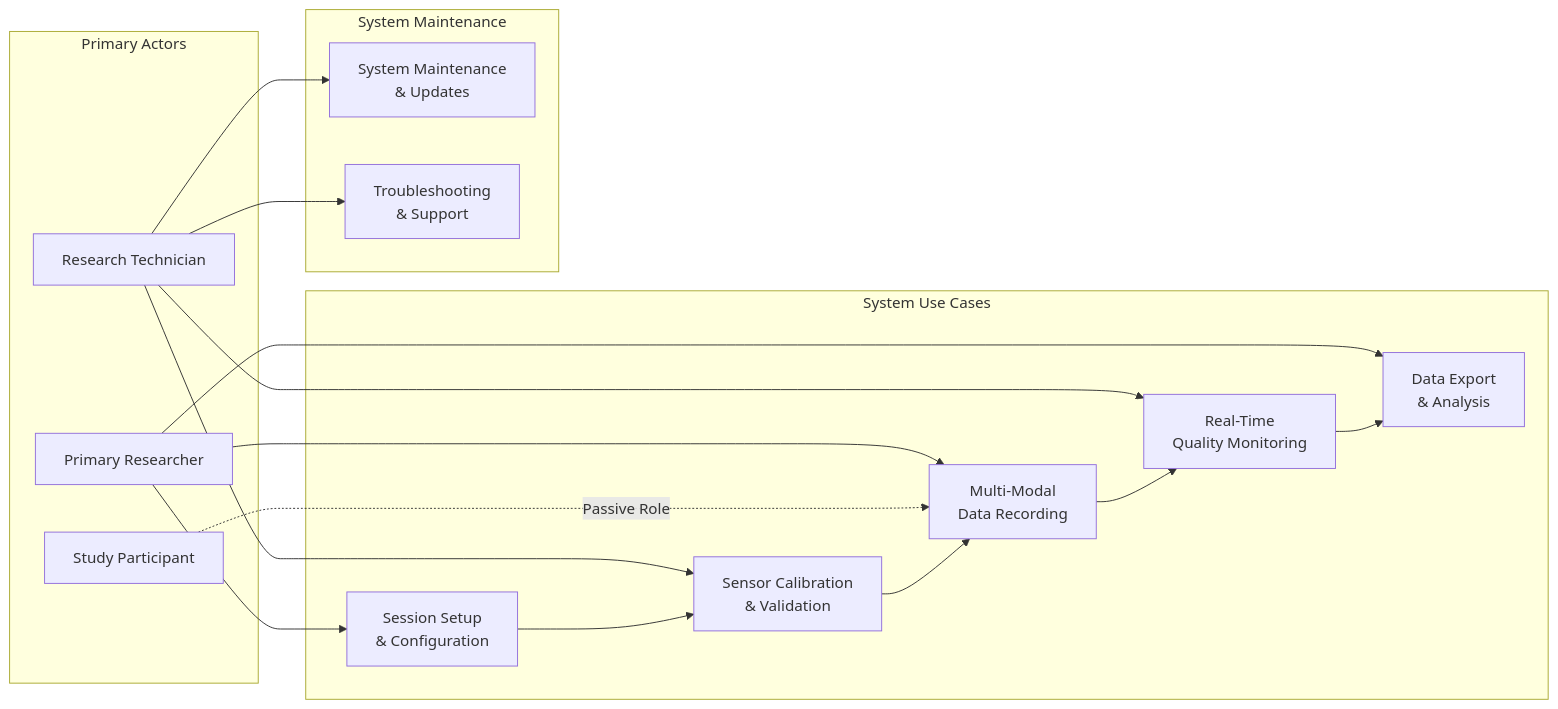
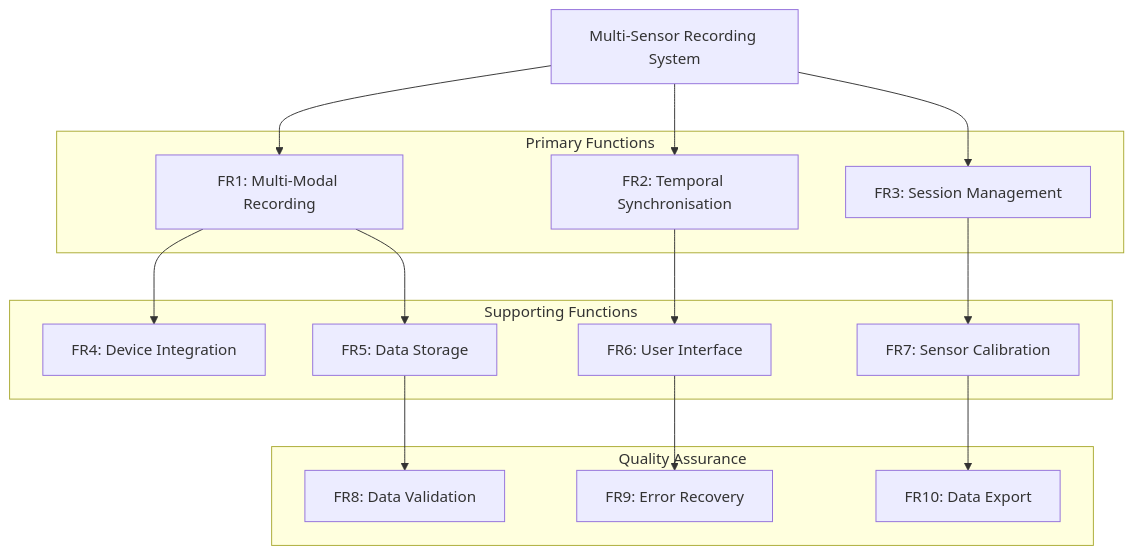
The sixth of 15 diagrams in docs/thesis_report/final/appendix_z_consolidated_figures.md (buccancs/fyp-multi-sensor-recording-system), drawn with Mermaid before and after one commit. The commit also changed other lines of this file and 2 other files, not shown here.

````diff
--- a/docs/thesis_report/final/appendix_z_consolidated_figures.md
+++ b/docs/thesis_report/final/appendix_z_consolidated_figures.md
@@ -350,37 +206,36 @@
 ```mermaid
-graph LR
-    subgraph "Primary Actors"
-        RESEARCHER[Primary Researcher]
-        TECHNICIAN[Research Technician]
-        PARTICIPANT[Study Participant]
+graph TD
+    SYSTEM[Multi-Sensor Recording System]
+    
+    subgraph "Primary Functions"
+        RECORDING[FR1: Multi-Modal Recording]
+        SYNC[FR2: Temporal Synchronisation] 
+        MANAGEMENT[FR3: Session Management]
     end
     
-    subgraph "System Use Cases"
-        SETUP[Session Setup<br/>& Configuration]
-        CALIBRATION[Sensor Calibration<br/>& Validation]
-        RECORDING[Multi-Modal<br/>Data Recording]
-        MONITORING[Real-Time<br/>Quality Monitoring]
-        EXPORT[Data Export<br/>& Analysis]
+    subgraph "Supporting Functions"
+        DEVICE[FR4: Device Integration]
+        STORAGE[FR5: Data Storage]
+        INTERFACE[FR6: User Interface]
+        CALIBRATION[FR7: Sensor Calibration]
     end
     
-    subgraph "System Maintenance"
-        MAINTENANCE[System Maintenance<br/>& Updates]
-        TROUBLESHOOT[Troubleshooting<br/>& Support]
+    subgraph "Quality Assurance"
+        VALIDATION[FR8: Data Validation]
+        RECOVERY[FR9: Error Recovery]
+        EXPORT[FR10: Data Export]
     end
     
-    RESEARCHER --> SETUP
-    RESEARCHER --> RECORDING
-    RESEARCHER --> EXPORT
+    SYSTEM --> RECORDING
+    SYSTEM --> SYNC
+    SYSTEM --> MANAGEMENT
     
-    TECHNICIAN --> CALIBRATION
-    TECHNICIAN --> MONITORING
-    TECHNICIAN --> MAINTENANCE
-    TECHNICIAN --> TROUBLESHOOT
+    RECORDING --> DEVICE
+    RECORDING --> STORAGE
+    SYNC --> INTERFACE
+    MANAGEMENT --> CALIBRATION
     
-    PARTICIPANT -.->|Passive Role| RECORDING
-    
-    SETUP --> CALIBRATION
-    CALIBRATION --> RECORDING
-    RECORDING --> MONITORING
-    MONITORING --> EXPORT
+    STORAGE --> VALIDATION
+    INTERFACE --> RECOVERY
+    CALIBRATION --> EXPORT
 ```
````
